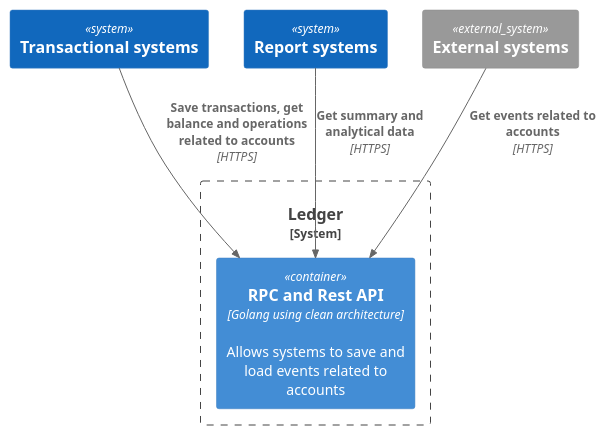
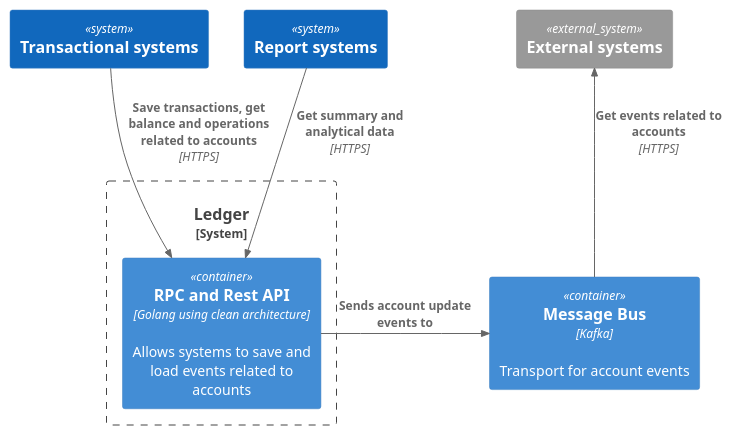
The diagram in docs/c4model/level_1_system_context_diagram.puml (fernandodr19/the-amazing-ledger), drawn with PlantUML before and after one commit. The commit also changed 7 other files, not shown here.

Commit message:
chore: update diagrams

```diff
--- a/docs/c4model/level_1_system_context_diagram.puml
+++ b/docs/c4model/level_1_system_context_diagram.puml
@@ -1,22 +1,22 @@
 @startuml Basic Sample
 !includeurl https://raw.githubusercontent.com/RicardoNiepel/C4-PlantUML/release/1-0/C4_Container.puml
 
 ' LAYOUT_WITH_LEGEND()
-
-
 
 System(transactional_systems, "Transactional systems")
 System(report_systems, "Report systems")
 System_Ext(external_systems, "External systems")
 
 System_Boundary(ledger, "Ledger") {
-    Container(ledger_app, "RPC and Rest API", "Golang using clean architecture", "Allows systems to save and load events related to accounts")
-    ' Container(message_bus, "Message Bus", "Kafka", "Transport for account events")
+    Container(ledger_api, "RPC and Rest API", "Golang using clean architecture", "Allows systems to save and load events related to accounts")
 }
 
-' Rel_R(ledger_app, message_bus, "Sends account update events to")
+Container(message_bus, "Message Bus", "Kafka", "Transport for account events")
 
-Rel(transactional_systems, ledger_app, "Save transactions, get balance and operations related to accounts", "HTTPS")
-Rel(report_systems, ledger_app, "Get summary and analytical data", "HTTPS")
-Rel(external_systems, ledger_app, "Get events related to accounts", "HTTPS")
+Rel_Back(external_systems, message_bus, "Get events related to accounts", "HTTPS")
+
+Rel_R(ledger_api, message_bus, "Sends account update events to")
+
+Rel(transactional_systems, ledger_api, "Save transactions, get balance and operations related to accounts", "HTTPS")
+Rel(report_systems, ledger_api, "Get summary and analytical data", "HTTPS")
 @enduml
```
